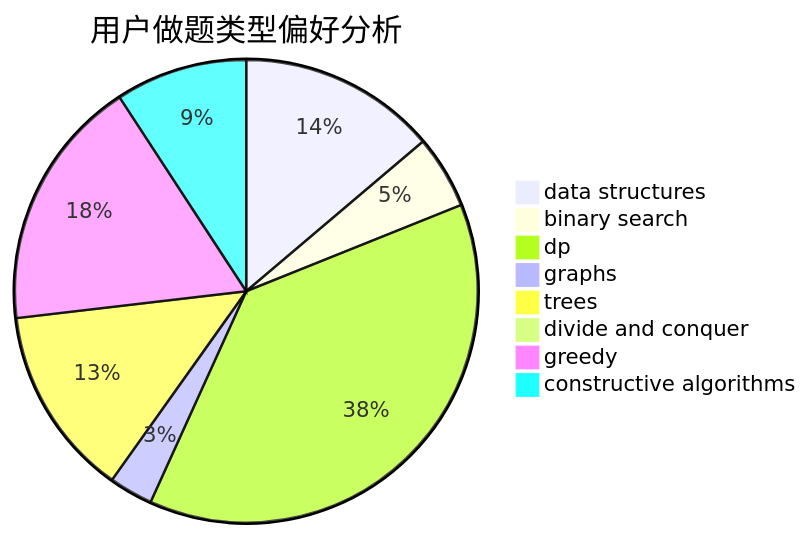
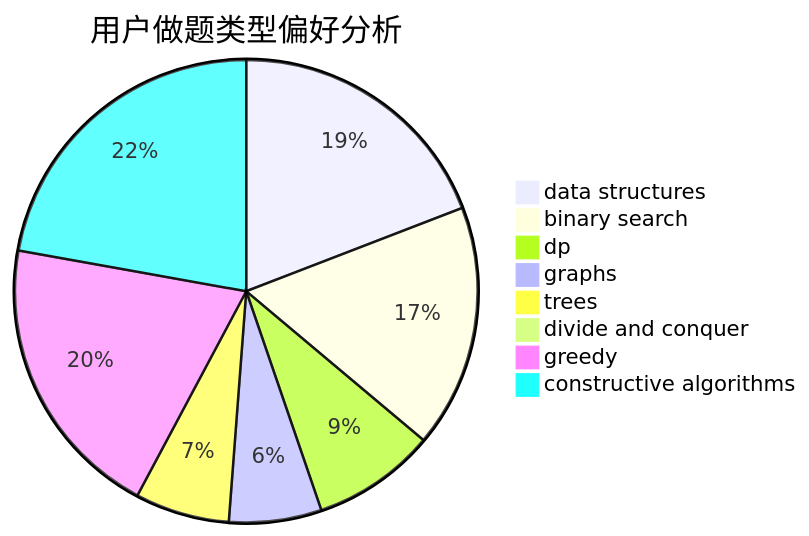
One commit to sherpahu/cfrs.github.io changed the second of 3 diagrams in docs/user/u982.md. Above: the diagram before and after it, drawn with Mermaid. The commit also changed other lines of this file and 2770 other files, not shown here.

````diff
--- a/docs/user/u982.md
+++ b/docs/user/u982.md
@@ -23,11 +23,11 @@
 ```mermaid
 pie title 用户做题类型偏好分析
-    "data structures" :  54
-    "binary search" :  20
-    "dp" :  148
-    "graphs" :  12
+    "data structures" :  151
+    "binary search" :  134
+    "dp" :  68
+    "graphs" :  51
     "trees" :  52
-    "divide and conquer" :  1
-    "greedy" :  69
-    "constructive algorithms" :  36
+    "divide and conquer" :  0
+    "greedy" :  158
+    "constructive algorithms" :  175
 ```
````
